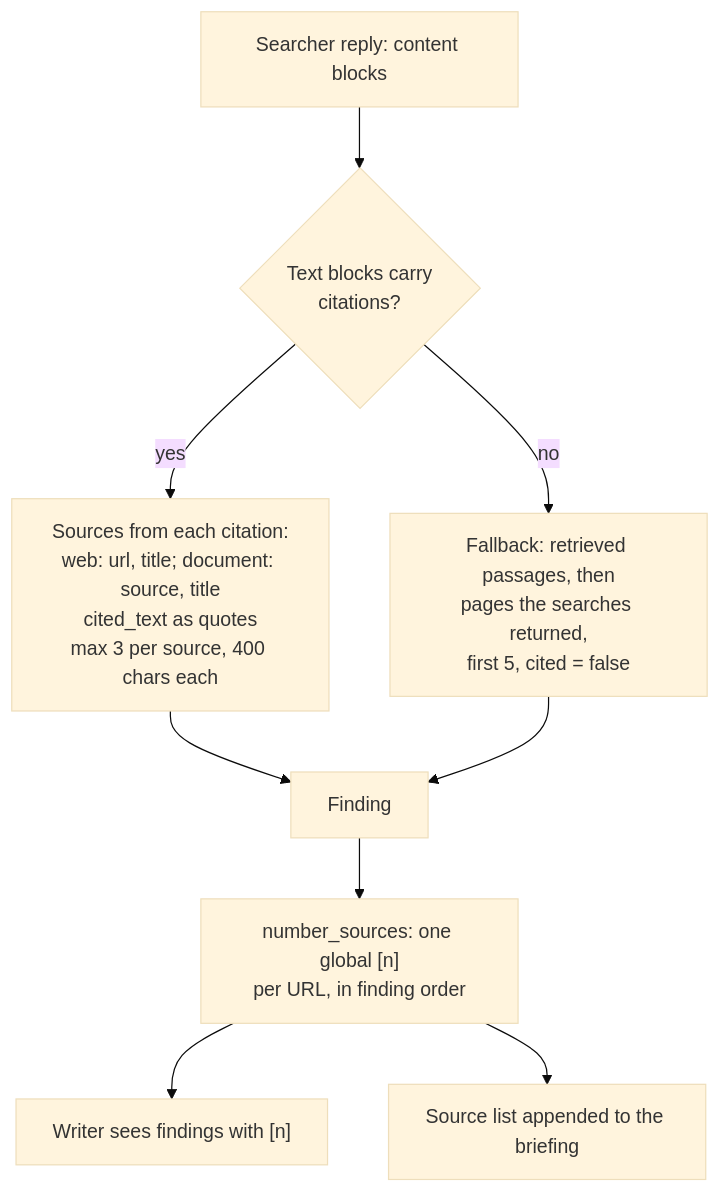
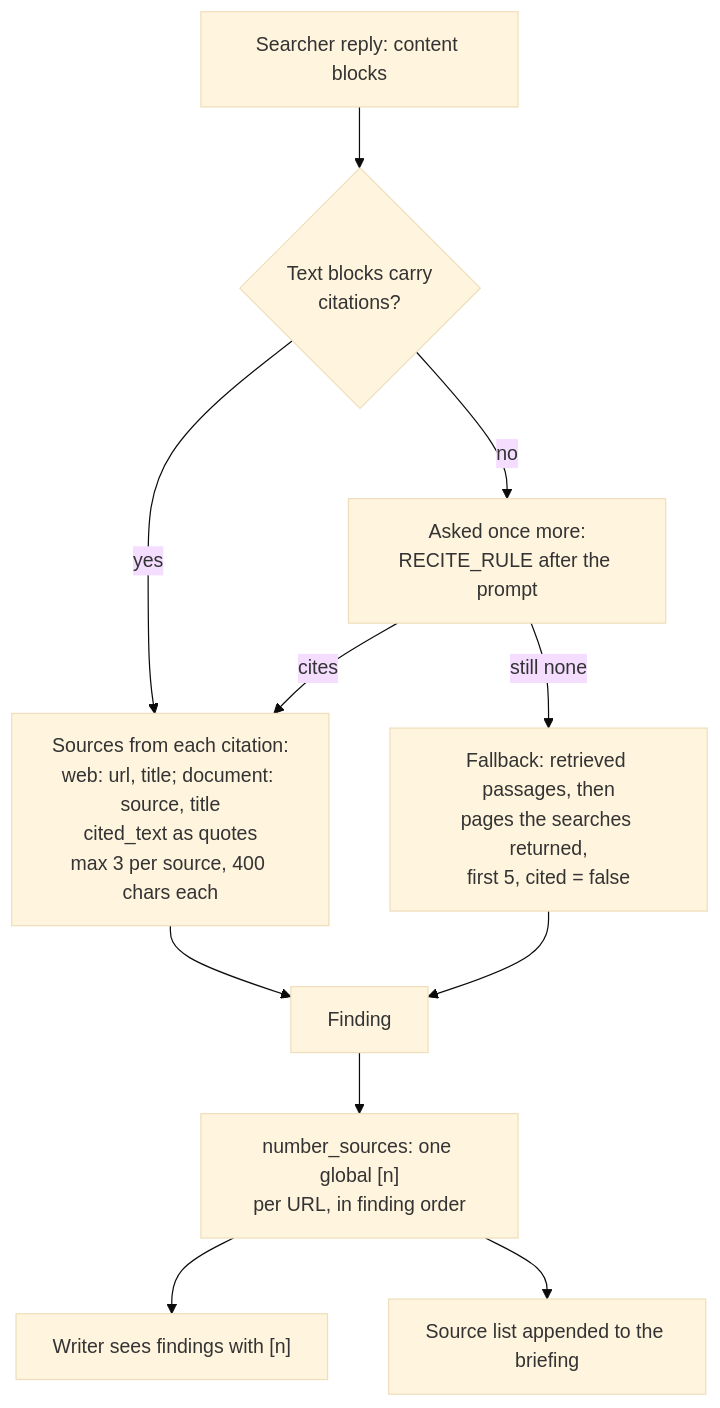
One commit to brentdunham/waypoint changed the sixth of 8 diagrams in docs/guide/04-agents.md. Above: the diagram before and after it, drawn with Mermaid (base theme). The commit also changed other lines of this file and 15 other files, not shown here.

First line of the commit message:
Research: ask the searcher again when its answer cites nothing

````diff
--- a/docs/guide/04-agents.md
+++ b/docs/guide/04-agents.md
@@ -198,10 +199,12 @@
 ```mermaid
 flowchart TD
     reply[Searcher reply: content blocks] --> blocks{Text blocks carry<br/>citations?}
     blocks -- yes --> src[Sources from each citation:<br/>web: url, title; document: source, title<br/>cited_text as quotes<br/>max 3 per source, 400 chars each]
-    blocks -- no --> fb[Fallback: retrieved passages, then<br/>pages the searches returned,<br/>first 5, cited = false]
+    blocks -- no --> again[Asked once more:<br/>RECITE_RULE after the prompt]
+    again -- cites --> src
+    again -- still none --> fb[Fallback: retrieved passages, then<br/>pages the searches returned,<br/>first 5, cited = false]
     src & fb --> finding[Finding]
     finding --> num[number_sources: one global #91;n#93;<br/>per URL, in finding order]
     num --> writer[Writer sees findings with #91;n#93;]
     num --> list[Source list appended to the briefing]
 ```
````
